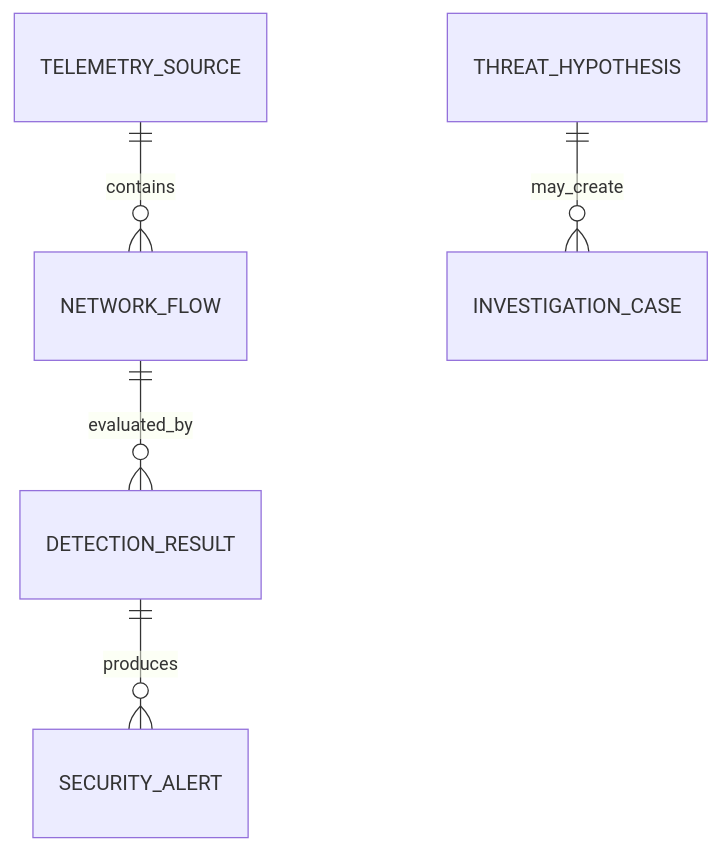
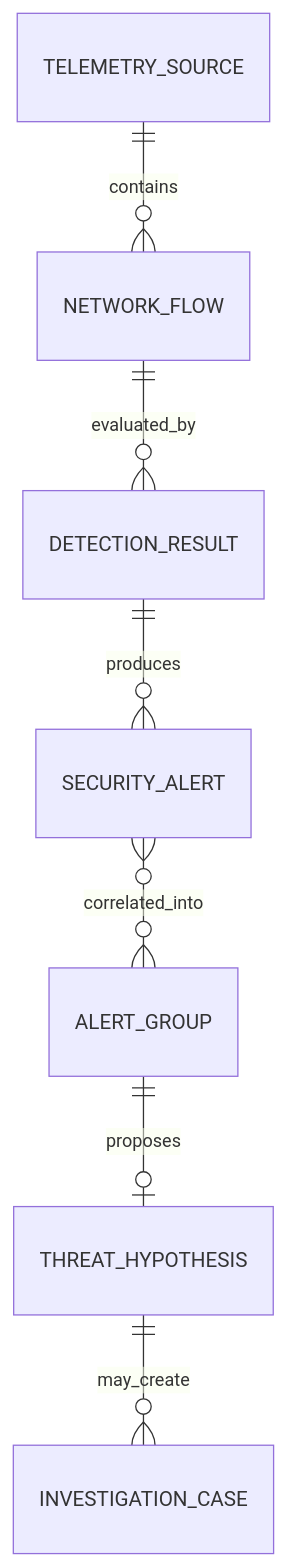
The diagram in docs/data_model.md (SaXingrui-UM/aegishunt), drawn with Mermaid before and after one commit. The commit also changed other lines of this file and 53 other files, not shown here.

First line of the commit message:
[Phase 09] Alert correlation and threat hypothesis engine (#28)

````diff
--- a/docs/data_model.md
+++ b/docs/data_model.md
@@ -88,7 +97,9 @@
 ```mermaid
 erDiagram
     TELEMETRY_SOURCE ||--o{ NETWORK_FLOW : contains
     NETWORK_FLOW ||--o{ DETECTION_RESULT : evaluated_by
     DETECTION_RESULT ||--o{ SECURITY_ALERT : produces
+    SECURITY_ALERT }o--o{ ALERT_GROUP : correlated_into
+    ALERT_GROUP ||--o| THREAT_HYPOTHESIS : proposes
     THREAT_HYPOTHESIS ||--o{ INVESTIGATION_CASE : may_create
 ```
````
